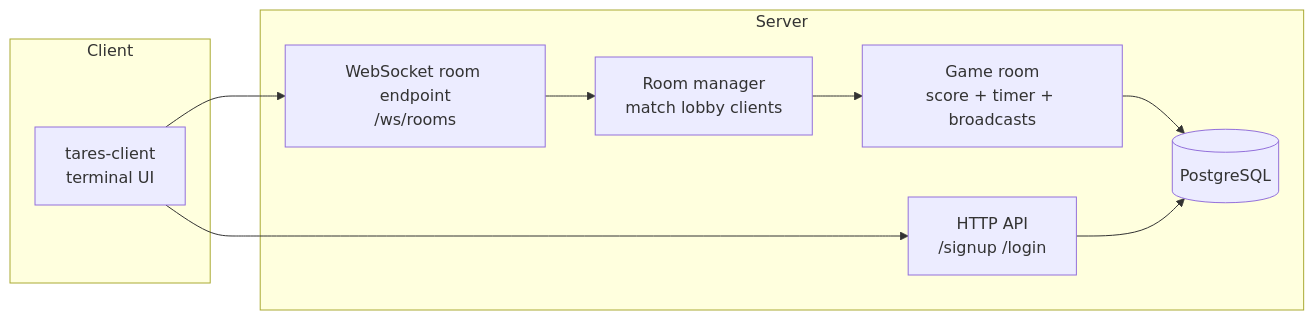
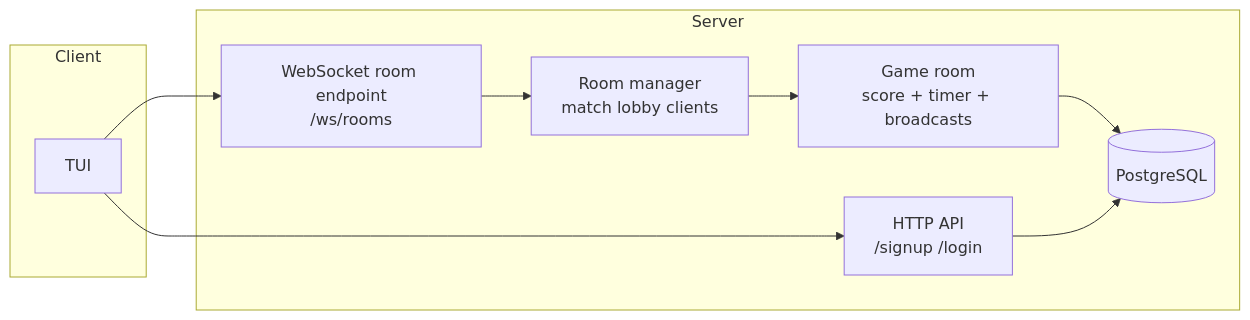
Before and after one commit to Logic-gate-sys/tares_cli: the first of 3 diagrams in README.md, drawn with Mermaid. The commit also changed other lines of this file and 17 other files, not shown here.

````diff
--- a/README.md
+++ b/README.md
@@ -8,21 +11,21 @@
 ```mermaid
 flowchart LR
 	subgraph Client
-		CLI[tares-client\nterminal UI]
+		CLI[TUI]
 	end
 
 	subgraph Server
 		HTTP[HTTP API\n/signup /login]
 		WS[WebSocket room endpoint\n/ws/rooms]
 		RM[Room manager\nmatch lobby clients]
 		ROOM[Game room\nscore + timer + broadcasts]
 		DB[(PostgreSQL)]
 	end
 
 	CLI --> HTTP
 	CLI --> WS
 	WS --> RM
 	RM --> ROOM
 	ROOM --> DB
 	HTTP --> DB
 ```
````
